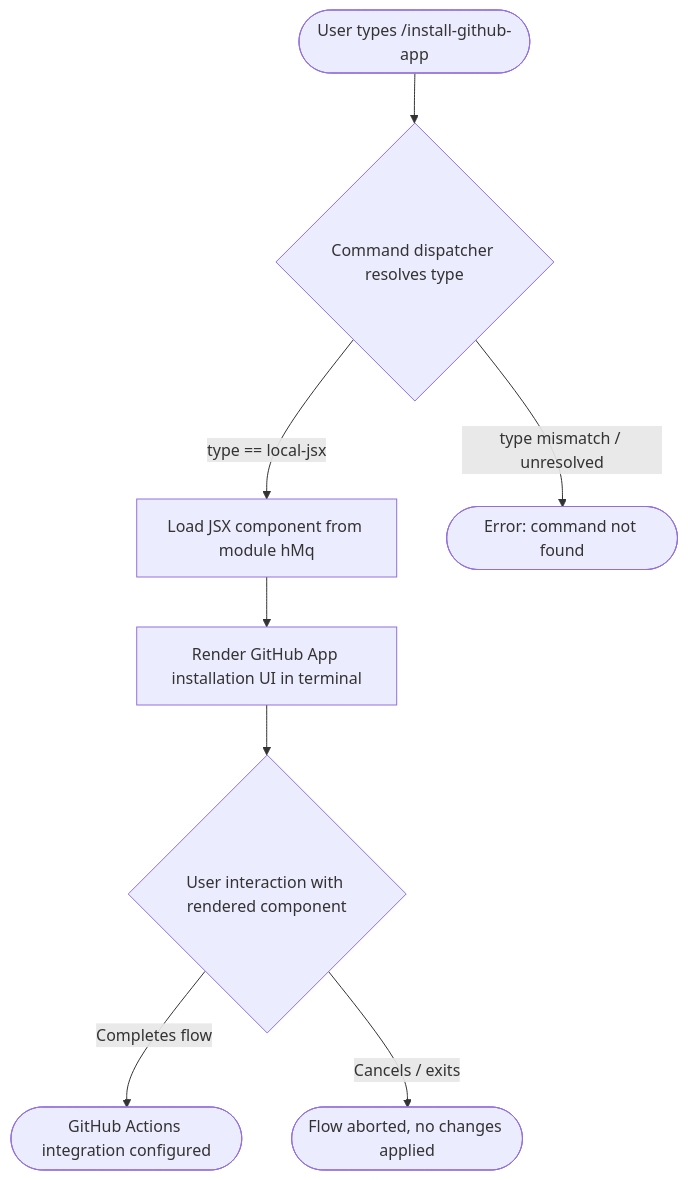
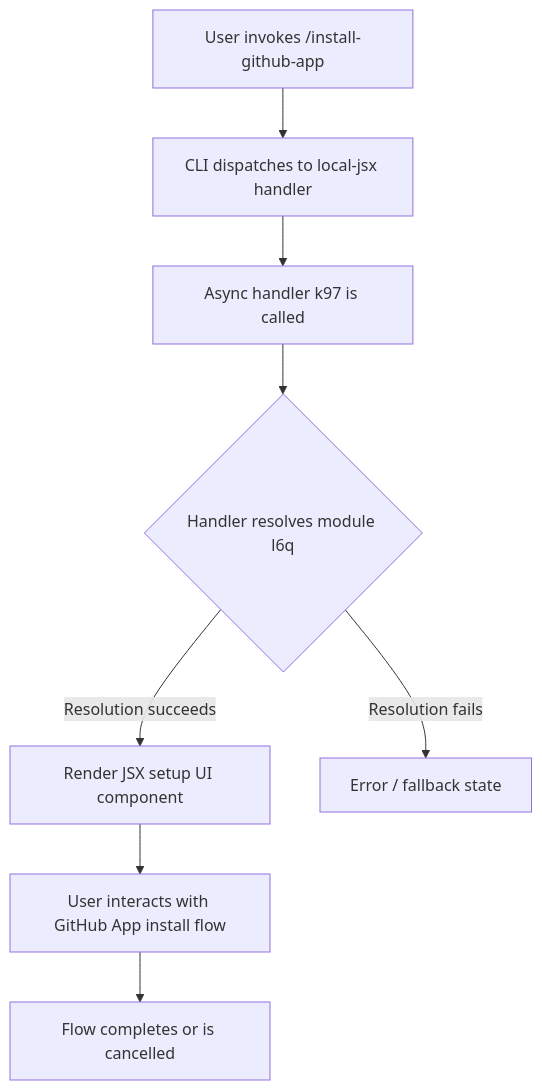
One commit to MyLittleLuckyDog/cc-gnothi changed the diagram in versions/v2.1.143/install-github-app.md. Above: the diagram before and after it, drawn with Mermaid. The commit also changed other lines of this file and 483 other files, not shown here.

````diff
--- a/versions/v2.1.143/install-github-app.md
+++ b/versions/v2.1.143/install-github-app.md
@@ -50,10 +60,10 @@
 ```mermaid
 flowchart TD
-    A([User types /install-github-app]) --> B{Command dispatcher resolves type}
-    B -- type == local-jsx --> C[Load JSX component from module hMq]
-    B -- type mismatch / unresolved --> Z([Error: command not found])
-    C --> D[Render GitHub App installation UI in terminal]
-    D --> E{User interaction with rendered component}
-    E -- Completes flow --> F([GitHub Actions integration configured])
-    E -- Cancels / exits --> G([Flow aborted, no changes applied])
+    A[User invokes /install-github-app] --> B[CLI dispatches to local-jsx handler]
+    B --> C[Async handler k97 is called]
+    C --> D{Handler resolves module l6q}
+    D -->|Resolution succeeds| E[Render JSX setup UI component]
+    D -->|Resolution fails| F[Error / fallback state]
+    E --> G[User interacts with GitHub App install flow]
+    G --> H[Flow completes or is cancelled]
 ```
````
